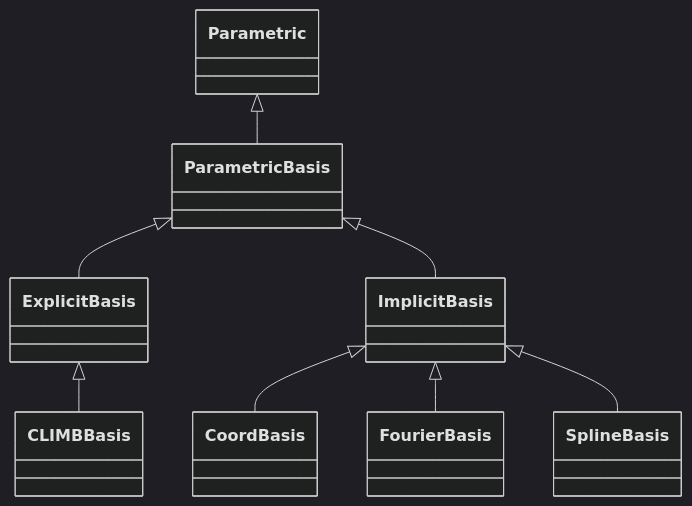
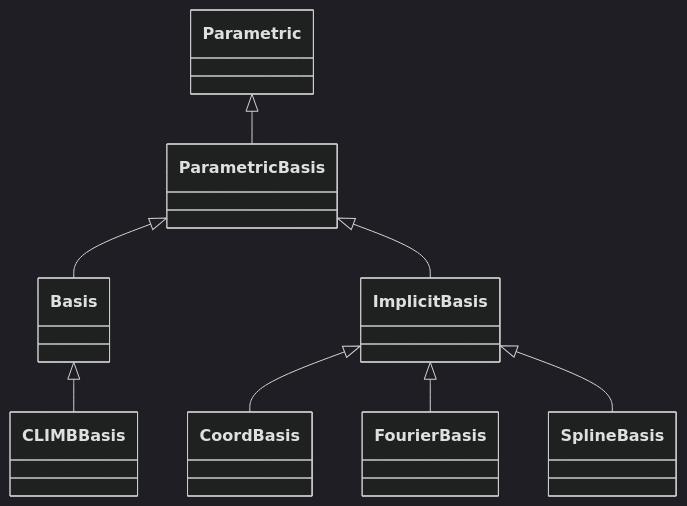
Before and after one commit to LouisDesdoigts/dLux: the diagram in docs/API/parametric/bases.md, drawn with Mermaid (dark theme). The commit also changed other lines of this file and 10 other files, not shown here.

Commit message:
Rename ExplicitBasis to Basis

````diff
--- a/docs/API/parametric/bases.md
+++ b/docs/API/parametric/bases.md
@@ -5,25 +5,25 @@
 ```mermaid
 classDiagram
     class dLux_parametric_bases_ParametricBasis["ParametricBasis"]
-    class dLux_parametric_bases_ExplicitBasis["ExplicitBasis"]
+    class dLux_parametric_bases_Basis["Basis"]
     class dLux_parametric_bases_ImplicitBasis["ImplicitBasis"]
     class dLux_parametric_bases_CoordBasis["CoordBasis"]
     class dLux_parametric_bases_CLIMBBasis["CLIMBBasis"]
     class dLux_parametric_bases_FourierBasis["FourierBasis"]
     class dLux_parametric_bases_SplineBasis["SplineBasis"]
     class dLux_parametric_parametrics_Parametric["Parametric"]
     dLux_parametric_parametrics_Parametric <|-- dLux_parametric_bases_ParametricBasis
     click dLux_parametric_bases_ParametricBasis href "#dLux.parametric.bases.ParametricBasis" "Attributes: coefficients, basis_shape · Properties: coeffs, c, alpha, coefficient_shape · Methods: evaluate_basis(), solve_basis()"
-    dLux_parametric_bases_ParametricBasis <|-- dLux_parametric_bases_ExplicitBasis
-    click dLux_parametric_bases_ExplicitBasis href "#dLux.parametric.bases.ExplicitBasis" "Attributes: coefficients, basis_shape, basis · Methods: evaluate(), solve_basis()"
+    dLux_parametric_bases_ParametricBasis <|-- dLux_parametric_bases_Basis
+    click dLux_parametric_bases_Basis href "#dLux.parametric.bases.Basis" "Attributes: coefficients, basis_shape, basis · Methods: evaluate(), solve_basis()"
     dLux_parametric_bases_ParametricBasis <|-- dLux_parametric_bases_ImplicitBasis
     click dLux_parametric_bases_ImplicitBasis href "#dLux.parametric.bases.ImplicitBasis" "Attributes: coefficients, basis_shape · Methods: calculate_basis(), evaluate(), solve_basis()"
     dLux_parametric_bases_ImplicitBasis <|-- dLux_parametric_bases_CoordBasis
     click dLux_parametric_bases_CoordBasis href "#dLux.parametric.bases.CoordBasis" "Attributes: coefficients, basis_shape · Methods: get_coordinates()"
-    dLux_parametric_bases_ExplicitBasis <|-- dLux_parametric_bases_CLIMBBasis
+    dLux_parametric_bases_Basis <|-- dLux_parametric_bases_CLIMBBasis
     click dLux_parametric_bases_CLIMBBasis href "#dLux.parametric.bases.CLIMBBasis" "Attributes: coefficients, basis_shape, basis, values, oversample · Methods: evaluate_latent(), evaluate()"
     dLux_parametric_bases_ImplicitBasis <|-- dLux_parametric_bases_FourierBasis
     click dLux_parametric_bases_FourierBasis href "#dLux.parametric.bases.FourierBasis" "Attributes: coefficients, basis_shape, kernels · Methods: calculate_basis(), evaluate(), resize()"
     dLux_parametric_bases_ImplicitBasis <|-- dLux_parametric_bases_SplineBasis
     click dLux_parametric_bases_SplineBasis href "#dLux.parametric.bases.SplineBasis" "Attributes: coefficients, basis_shape, knot_coords, sample_coords, method · Methods: calculate_basis(), evaluate()"
 ```
````
